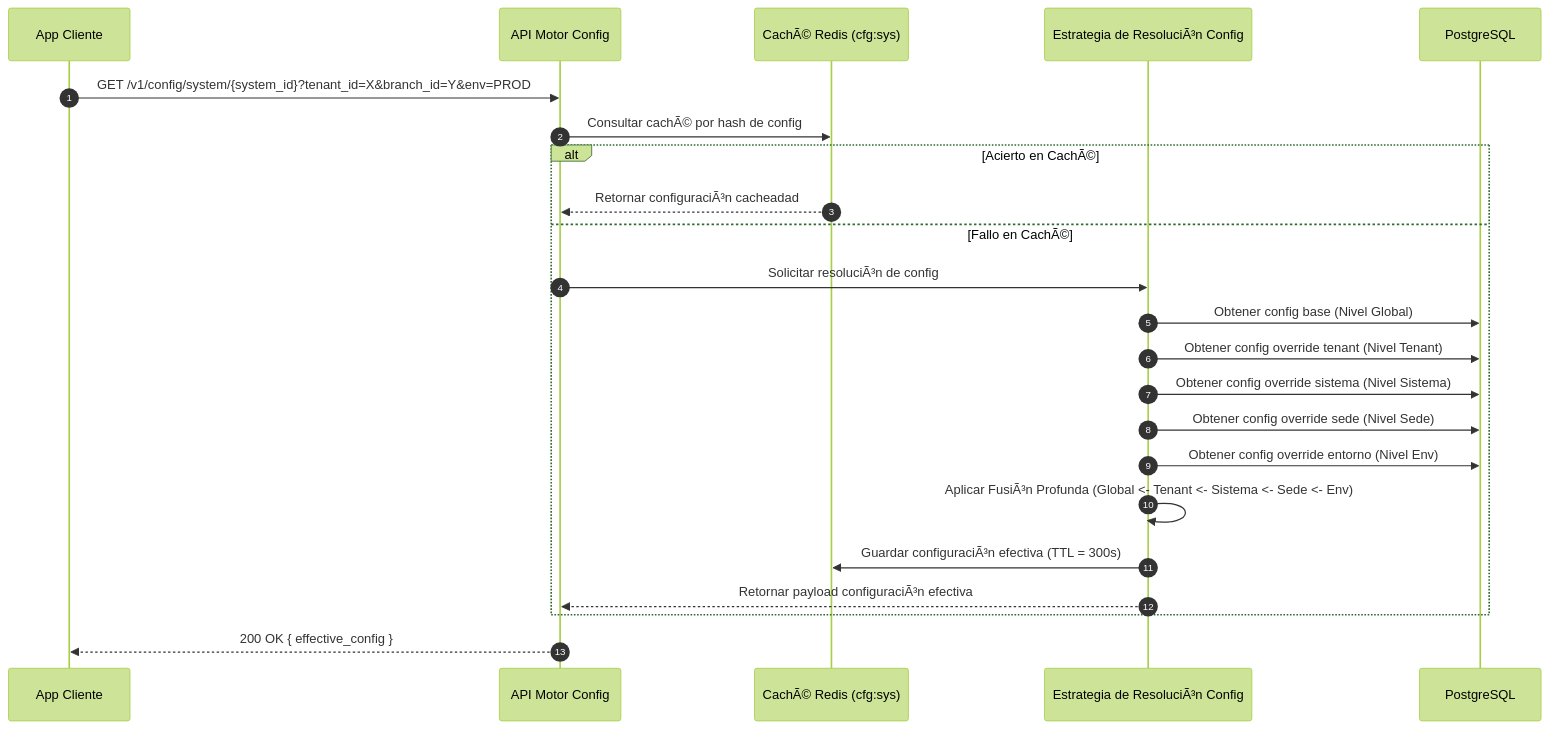
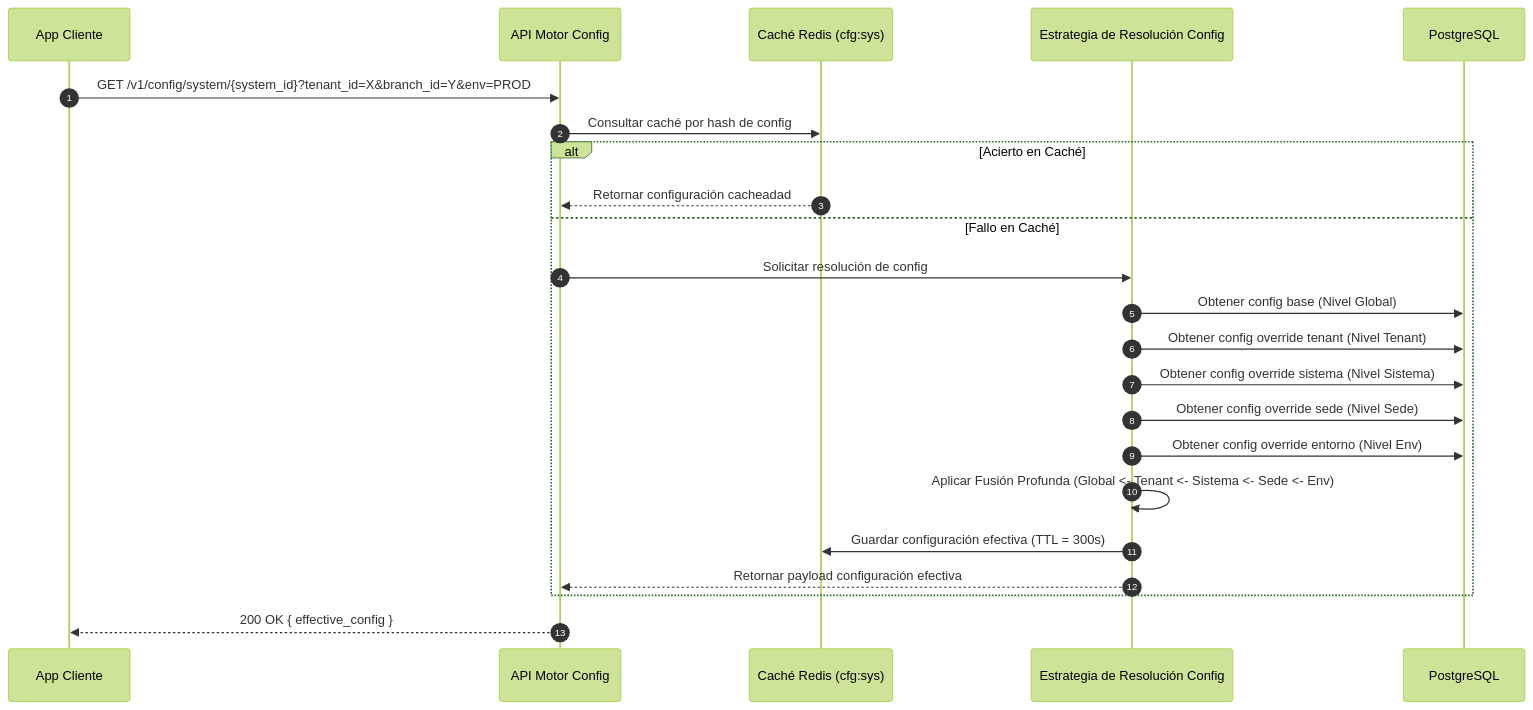
Before and after one commit to beyondnetcode/ums: the diagram in src/ums-workspace/docs/es/02-architecture/technical-enablers/te-02-resolve-hierarchical-config.md, drawn with Mermaid (forest theme). The commit also changed other lines of this file and 9 other files, not shown here.

````diff
--- a/src/ums-workspace/docs/es/02-architecture/technical-enablers/te-02-resolve-hierarchical-config.md
+++ b/src/ums-workspace/docs/es/02-architecture/technical-enablers/te-02-resolve-hierarchical-config.md
@@ -20,28 +20,28 @@
 ```mermaid
 sequenceDiagram
     autonumber
     participant Client as App Cliente
     participant ConfigAPI as API Motor Config
-    participant Cache as CachÃ© Redis (cfg:sys)
-    participant Resolver as Estrategia de ResoluciÃ³n Config
+    participant Cache as Caché Redis (cfg:sys)
+    participant Resolver as Estrategia de Resolución Config
     participant DB as PostgreSQL
 
     Client->>ConfigAPI: GET /v1/config/system/{system_id}?tenant_id=X&branch_id=Y&env=PROD
-    ConfigAPI->>Cache: Consultar cachÃ© por hash de config
-    alt Acierto en CachÃ©
-        Cache-->>ConfigAPI: Retornar configuraciÃ³n cacheadad
-    else Fallo en CachÃ©
-        ConfigAPI->>Resolver: Solicitar resoluciÃ³n de config
+    ConfigAPI->>Cache: Consultar caché por hash de config
+    alt Acierto en Caché
+        Cache-->>ConfigAPI: Retornar configuración cacheadad
+    else Fallo en Caché
+        ConfigAPI->>Resolver: Solicitar resolución de config
         Resolver->>DB: Obtener config base (Nivel Global)
         Resolver->>DB: Obtener config override tenant (Nivel Tenant)
         Resolver->>DB: Obtener config override sistema (Nivel Sistema)
         Resolver->>DB: Obtener config override sede (Nivel Sede)
         Resolver->>DB: Obtener config override entorno (Nivel Env)
         
-        Resolver->>Resolver: Aplicar FusiÃ³n Profunda (Global <- Tenant <- Sistema <- Sede <- Env)
+        Resolver->>Resolver: Aplicar Fusión Profunda (Global <- Tenant <- Sistema <- Sede <- Env)
         
-        Resolver->>Cache: Guardar configuraciÃ³n efectiva (TTL = 300s)
-        Resolver-->>ConfigAPI: Retornar payload configuraciÃ³n efectiva
+        Resolver->>Cache: Guardar configuración efectiva (TTL = 300s)
+        Resolver-->>ConfigAPI: Retornar payload configuración efectiva
     end
     ConfigAPI-->>Client: 200 OK { effective_config }
 ```
````
